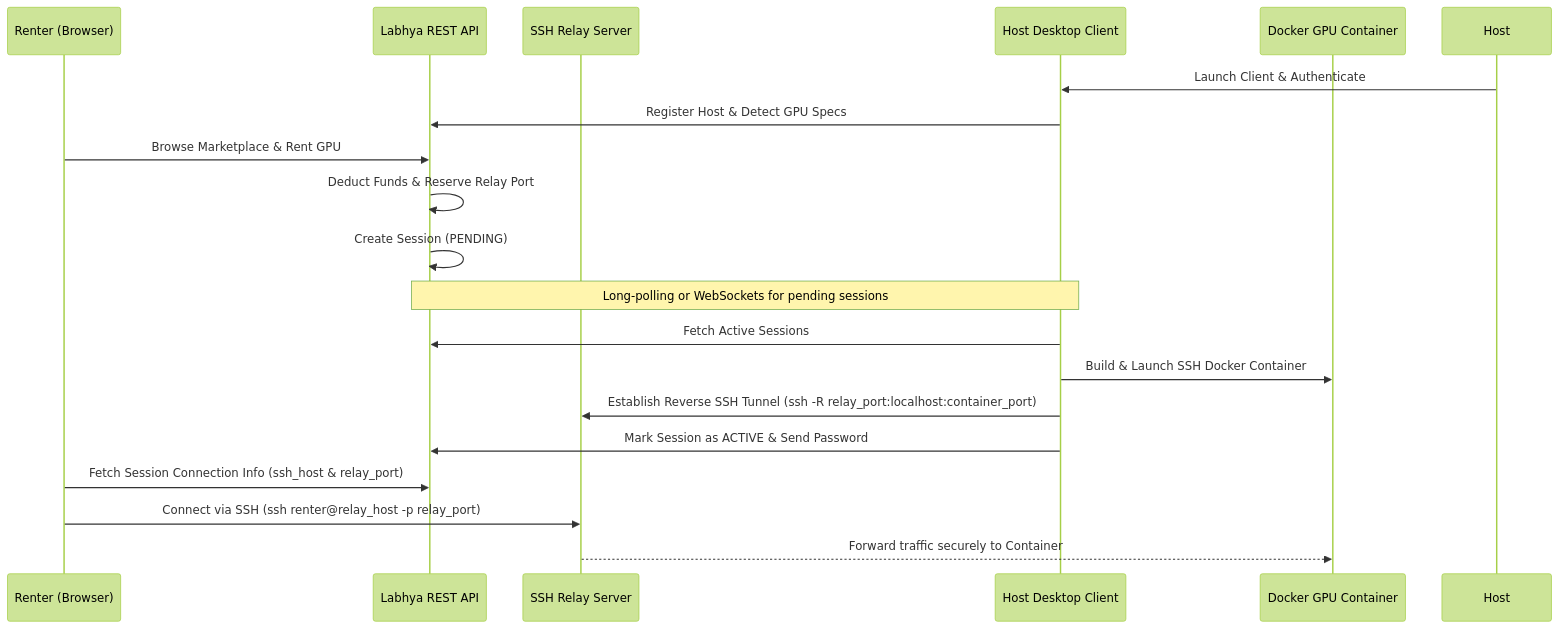
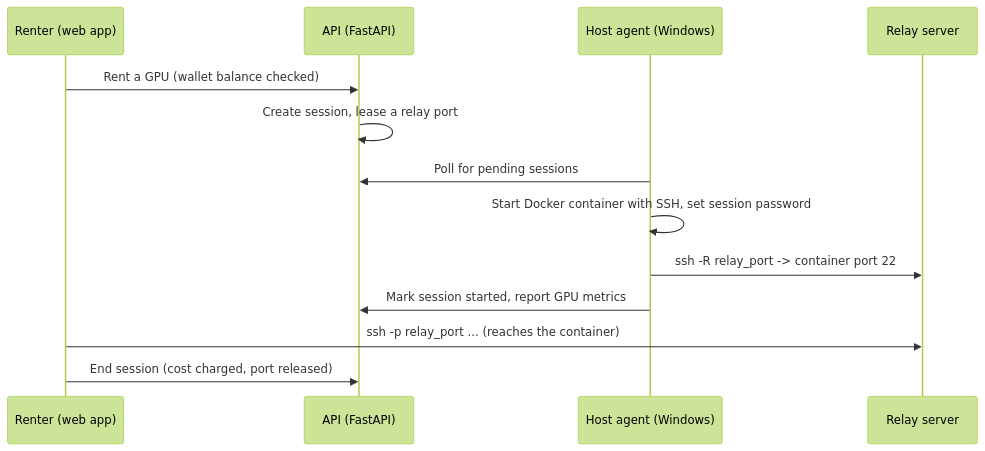
Before and after one commit to imsudip45/Labya_compute: the diagram in README.md, drawn with Mermaid (forest theme). The commit also changed other lines of this file and 2 other files, not shown here.

Commit message:
Rewrite README to match the current code; update docker-compose for FastAPI; add .gitignore

````diff
--- a/README.md
+++ b/README.md
@@ -22,24 +9,15 @@
 ```mermaid
 sequenceDiagram
-    participant Renter as Renter (Browser)
-    participant Backend as Labhya REST API
-    participant Relay as SSH Relay Server
-    participant Agent as Host Desktop Client
-    participant Container as Docker GPU Container
-
-    Host->>Agent: Launch Client & Authenticate
-    Agent->>Backend: Register Host & Detect GPU Specs
-    Renter->>Backend: Browse Marketplace & Rent GPU
-    Backend->>Backend: Deduct Funds & Reserve Relay Port
-    Backend->>Backend: Create Session (PENDING)
-    
-    Note over Agent, Backend: Long-polling or WebSockets for pending sessions
-    Agent->>Backend: Fetch Active Sessions
-    Agent->>Container: Build & Launch SSH Docker Container
-    Agent->>Relay: Establish Reverse SSH Tunnel (ssh -R relay_port:localhost:container_port)
-    Agent->>Backend: Mark Session as ACTIVE & Send Password
-    
-    Renter->>Backend: Fetch Session Connection Info (ssh_host & relay_port)
-    Renter->>Relay: Connect via SSH (ssh renter@relay_host -p relay_port)
-    Relay-->>Container: Forward traffic securely to Container
+    participant R as Renter (web app)
+    participant API as API (FastAPI)
+    participant A as Host agent (Windows)
+    participant Relay as Relay server
+    R->>API: Rent a GPU (wallet balance checked)
+    API->>API: Create session, lease a relay port
+    A->>API: Poll for pending sessions
+    A->>A: Start Docker container with SSH, set session password
+    A->>Relay: ssh -R relay_port -> container port 22
+    A->>API: Mark session started, report GPU metrics
+    R->>Relay: ssh -p relay_port ... (reaches the container)
+    R->>API: End session (cost charged, port released)
 ```
````
